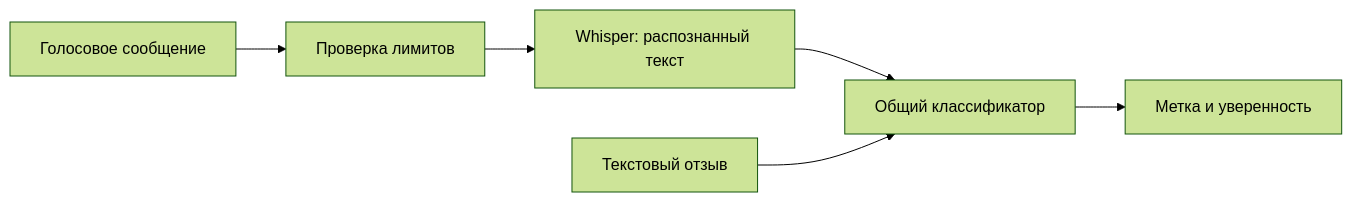
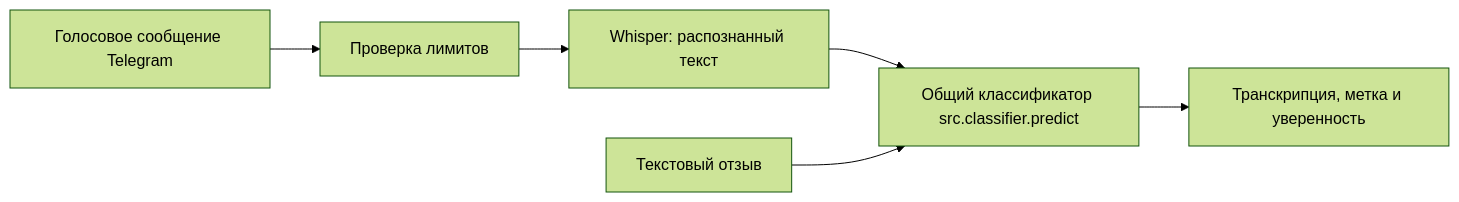
One commit to ksdergach/ru-review-sentiment-bot changed the diagram in reports/final/report.md. Above: the diagram before and after it, drawn with Mermaid (forest theme). The commit also changed other lines of this file and 2 other files, not shown here.

````diff
--- a/reports/final/report.md
+++ b/reports/final/report.md
@@ -88,8 +96,8 @@
 ```mermaid
 flowchart LR
-    A[Голосовое сообщение] --> B[Проверка лимитов]
+    A[Голосовое сообщение Telegram] --> B[Проверка лимитов]
     B --> C[Whisper: распознанный текст]
-    C --> D[Общий классификатор]
+    C --> D[Общий классификатор src.classifier.predict]
     T[Текстовый отзыв] --> D
-    D --> E[Метка и уверенность]
+    D --> E[Транскрипция, метка и уверенность]
 ```
````
